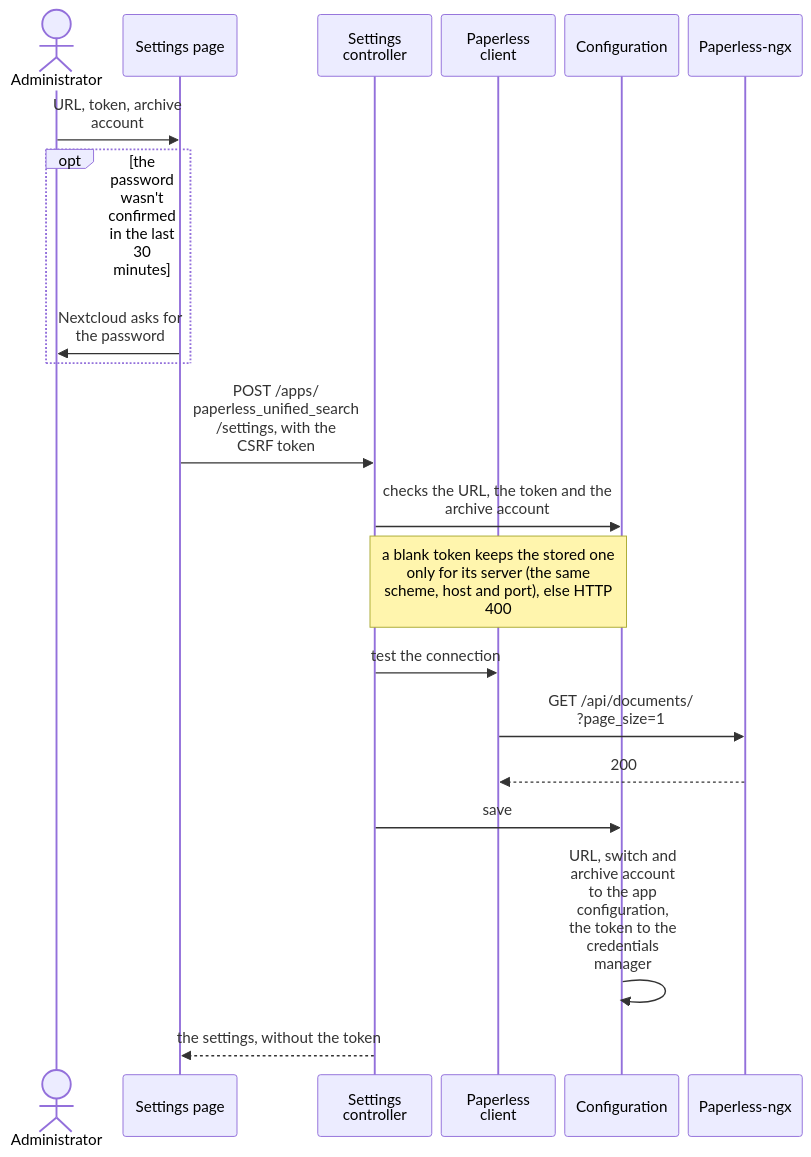
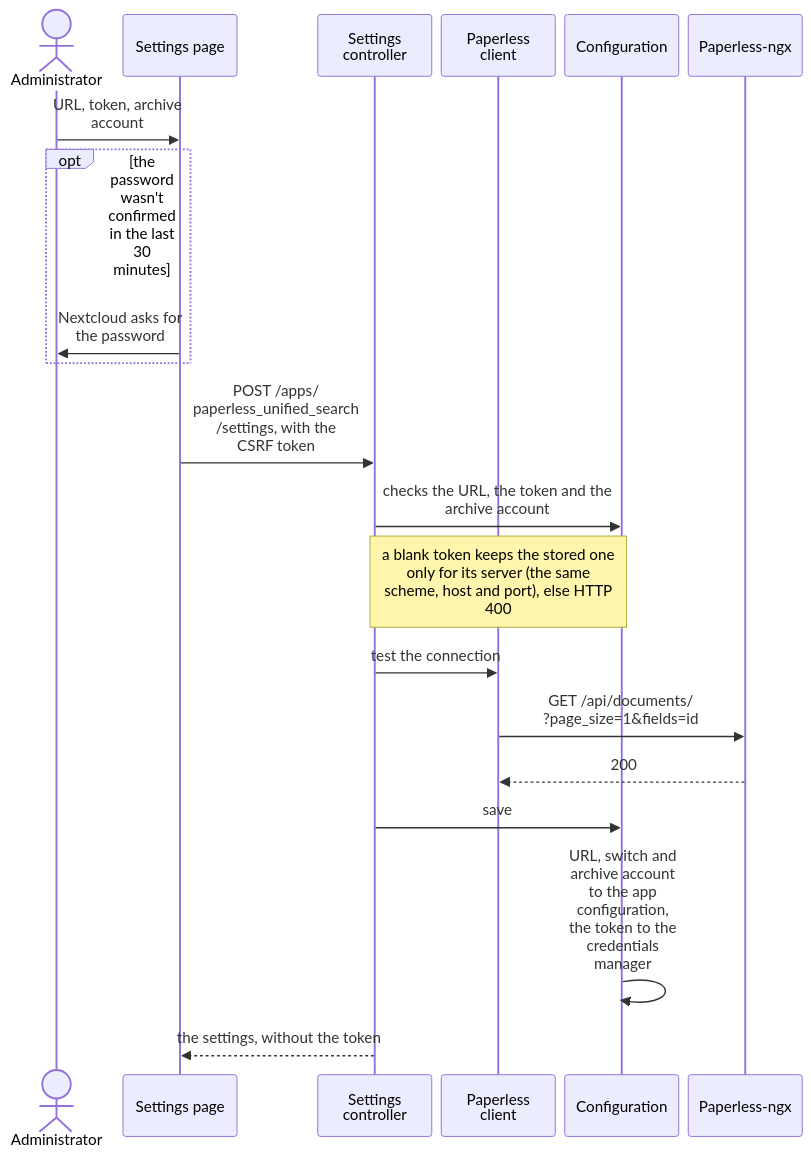
One commit to Dennis-Otto/paperless-unified-search changed the sixth of 6 diagrams in docs/architecture.md. Above: the diagram before and after it, drawn with Mermaid. The commit also changed other lines of this file and 19 other files, not shown here.

First line of the commit message:
perf(search): fetch only the fields the results show and look up all files of a page in one query (#111)

````diff
--- a/docs/architecture.md
+++ b/docs/architecture.md
@@ -186,32 +217,32 @@
 ```mermaid
 ---
 config:
   sequence:
     wrap: true
     width: 120
     actorMargin: 10
 ---
 sequenceDiagram
     accTitle: Saving the settings
     accDescr: The administrator enters the URL, the token and the archive account. When the password wasn't confirmed in the last 30 minutes, Nextcloud asks for it first. The settings page sends them with the CSRF token to the settings controller, which checks the URL, the token and the archive account: a blank token keeps the stored one only for its server, the same scheme, host and port, and otherwise the answer is HTTP 400. Then the controller has the Paperless client test the connection with one request to Paperless-ngx. Only when Paperless answers does the configuration save them, the URL, the switch and the archive account in the app configuration and the token in the credentials manager. The page gets the settings back, without the token.
 
     actor Admin as Administrator
     participant Page as Settings page
     participant Controller as Settings controller
     participant Client as Paperless client
     participant Config as Configuration
     participant Paperless as Paperless-ngx
     Admin->>Page: URL, token, archive account
     opt the password wasn't confirmed in the last 30 minutes
         Page->>Admin: Nextcloud asks for the password
     end
     Page->>Controller: POST /apps/<br>paperless_unified_search<br>/settings, with the<br>CSRF token
     Controller->>Config: checks the URL, the token and the archive account
     Note over Controller,Config: a blank token keeps the stored one only for its server (the same scheme, host and port), else HTTP 400
     Controller->>Client: test the connection
-    Client->>Paperless: GET /api/documents/<br>?page_size=1
+    Client->>Paperless: GET /api/documents/<br>?page_size=1&fields=id
     Paperless-->>Client: 200
     Controller->>Config: save
     Config->>Config: URL, switch and archive account to the app configuration, the token to the credentials manager
     Controller-->>Page: the settings, without the token
 ```
````
